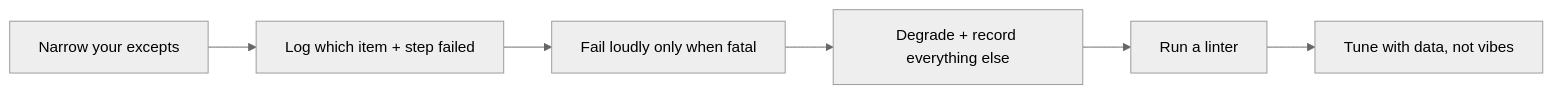
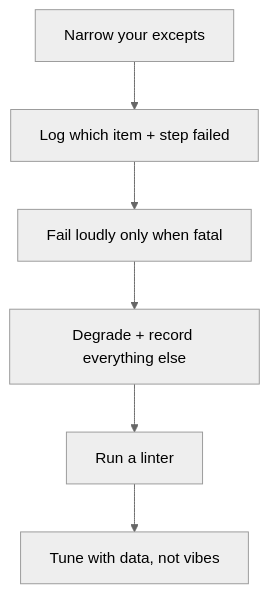
One commit to PrathamGitHub/dynamo-python-node-docs-v1 changed the diagram in docs/gotchas.md. Above: the diagram before and after it, drawn with Mermaid (neutral theme). The commit also changed 2 other files, not shown here.

Commit message:
Enhance documentation with additional context manager example and flowchart updates
- Added an example using a context manager for document locking and transaction management in the cookbook.
- Updated flowcharts in the cookbook and gotchas sections to use TD layout for better readability.
- Improved clarity in the main loop flowchart by removing numbered steps for a cleaner presentation.

````diff
--- a/docs/gotchas.md
+++ b/docs/gotchas.md
@@ -207,8 +207,8 @@
 ```mermaid
-flowchart LR
+flowchart TD
     A["Narrow your excepts"] --> B["Log which item + step failed"]
     B --> C["Fail loudly only when fatal"]
     C --> D["Degrade + record everything else"]
     D --> E["Run a linter"]
     E --> F["Tune with data, not vibes"]
 ```
````
